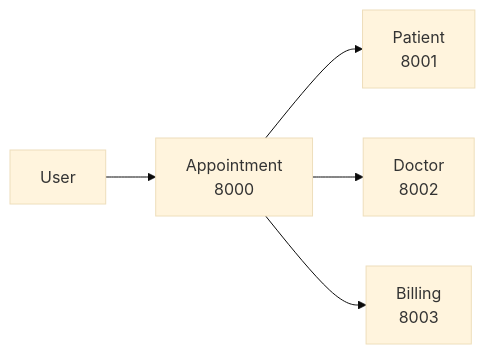
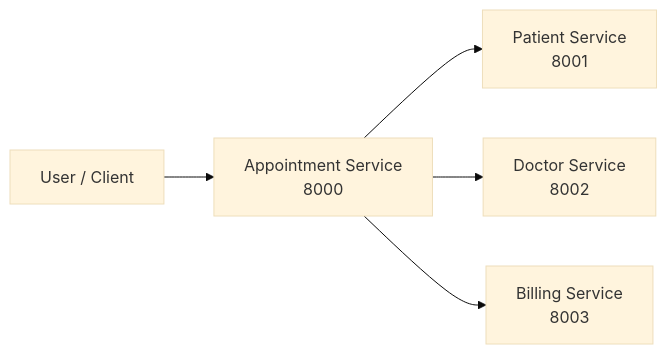
The first of 4 diagrams in README.md (chaitanya-m5/CC-hospital-microservices), drawn with Mermaid (base theme) before and after one commit. The commit also changed other lines of this file, not shown here.

````diff
--- a/README.md
+++ b/README.md
@@ -21,7 +48,8 @@
 ```mermaid
 flowchart LR
-    U[User] --> A[Appointment<br/>8000]
-    A --> P[Patient<br/>8001]
-    A --> D[Doctor<br/>8002]
-    A --> B[Billing<br/>8003]
+    U[User / Client] --> A[Appointment Service<br/>8000]
+
+    A --> P[Patient Service<br/>8001]
+    A --> D[Doctor Service<br/>8002]
+    A --> B[Billing Service<br/>8003]
 ```
````
